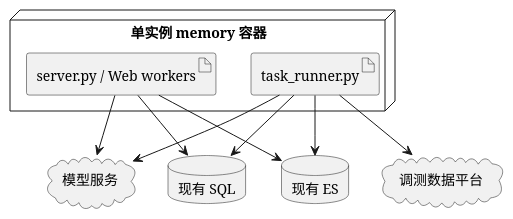
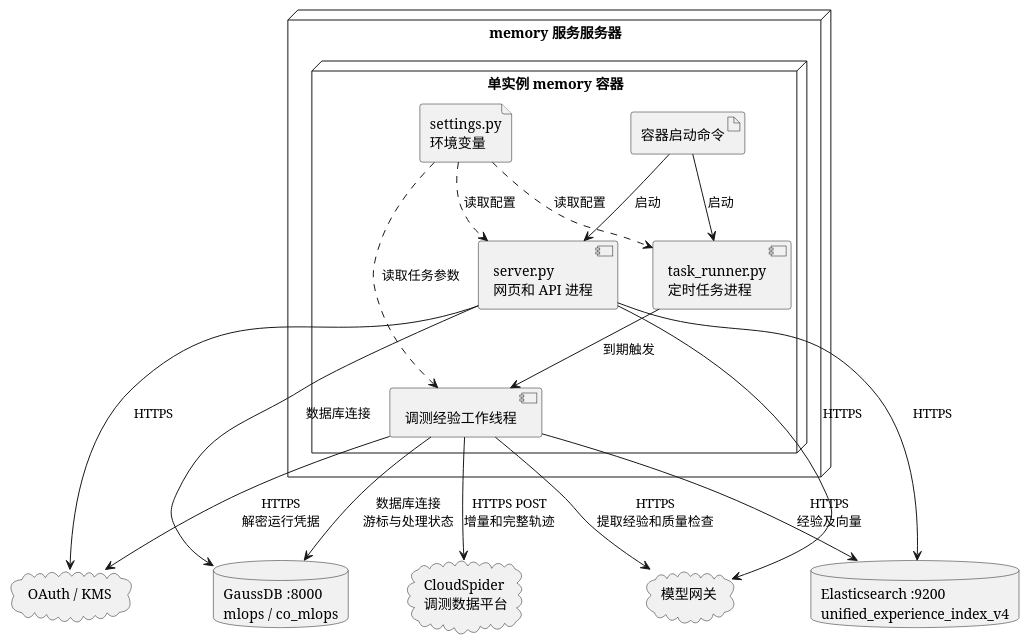
Before and after one commit to yf990848-droid/experience: the fifth of 15 diagrams in docs/调测轨迹经验提取设计文档.md, drawn with PlantUML. The commit also changed other lines of this file, not shown here.

````diff
--- a/docs/调测轨迹经验提取设计文档.md
+++ b/docs/调测轨迹经验提取设计文档.md
@@ -270,19 +308,37 @@
 ```plantuml
 @startuml
-node "单实例 memory 容器" {
-  artifact "server.py / Web workers" as Web
-  artifact "task_runner.py" as Task
+node "memory 服务服务器" {
+  node "单实例 memory 容器" {
+    artifact "容器启动命令" as Start
+    component "server.py\n网页和 API 进程" as Web
+    component "task_runner.py\n定时任务进程" as Task
+    component "调测经验工作线程" as Worker
+    file "settings.py\n环境变量" as Config
+
+    Start --> Web : 启动
+    Start --> Task : 启动
+    Task --> Worker : 到期触发
+    Config ..> Web : 读取配置
+    Config ..> Task : 读取配置
+    Config ..> Worker : 读取任务参数
+  }
 }
-cloud "调测数据平台" as Source
-cloud "模型服务" as Model
-database "现有 SQL" as SQL
-database "现有 ES" as ES
-Task --> Source
-Task --> Model
-Task --> SQL
-Task --> ES
-Web --> Model
-Web --> SQL
-Web --> ES
+
+cloud "CloudSpider\n调测数据平台" as Source
+cloud "OAuth / KMS" as KMS
+cloud "模型网关" as Model
+database "GaussDB :8000\nmlops / co_mlops" as SQL
+database "Elasticsearch :9200\nunified_experience_index_v4" as ES
+
+Worker --> Source : HTTPS POST\n增量和完整轨迹
+Worker --> KMS : HTTPS\n解密运行凭据
+Worker --> Model : HTTPS\n提取经验和质量检查
+Worker --> SQL : 数据库连接\n游标与处理状态
+Worker --> ES : HTTPS\n经验及向量
+
+Web --> KMS : HTTPS
+Web --> Model : HTTPS
+Web --> SQL : 数据库连接
+Web --> ES : HTTPS
 @enduml
 ```
````
